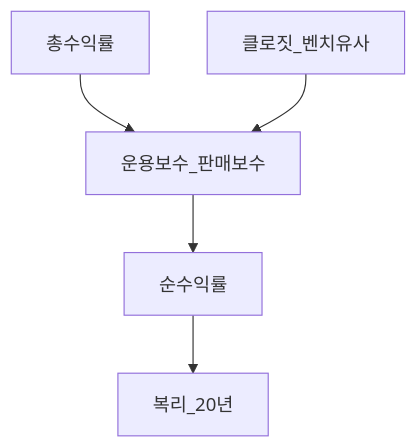
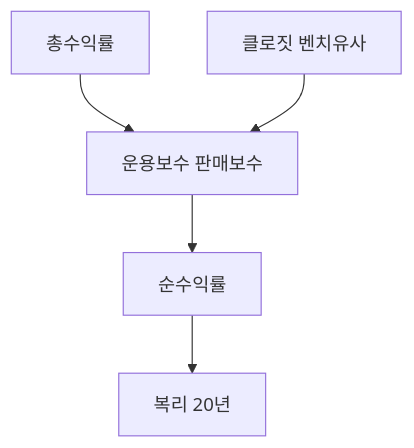
One commit to goldanghenry/Finances changed the second of 5 diagrams in 03-markets/mutual-funds-active.md. Above: the diagram before and after it, drawn with Mermaid. The commit also changed other lines of this file and 211 other files, not shown here.

````diff
--- a/03-markets/mutual-funds-active.md
+++ b/03-markets/mutual-funds-active.md
@@ -133,7 +142,7 @@
 ```mermaid
 flowchart TD
-  Gross[총수익률] --> Fee[운용보수_판매보수]
+  Gross[총수익률] --> Fee["운용보수 판매보수"]
   Fee --> Net[순수익률]
-  Net --> Compound[복리_20년]
-  Closet[클로짓_벤치유사] --> Fee
+  Net --> Compound["복리 20년"]
+  Closet["클로짓 벤치유사"] --> Fee
 ```
````
